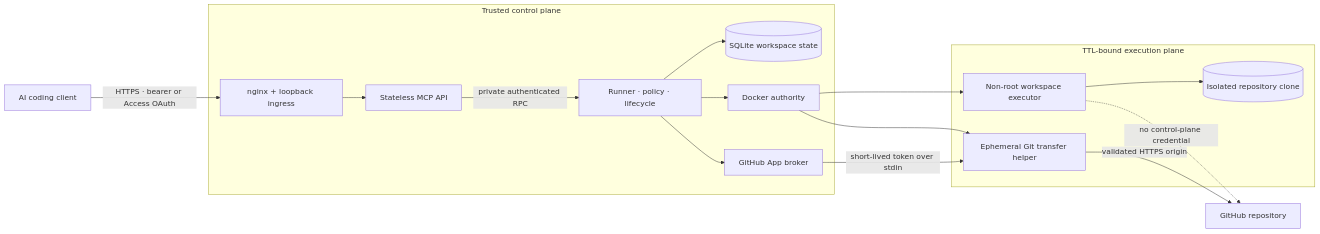
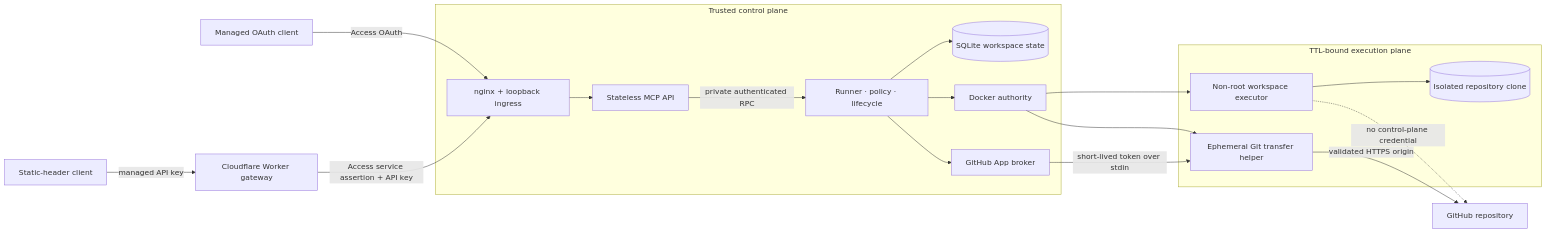
One commit to bestagentkits/cloud-harness-mcp changed the first of 2 diagrams in README.md. Above: the diagram before and after it, drawn with Mermaid. The commit also changed other lines of this file and 7 other files, not shown here.

Commit message:
docs(auth): document managed API key rollout

````diff
--- a/README.md
+++ b/README.md
@@ -31,22 +37,24 @@
 ```mermaid
 flowchart LR
-  Client["AI coding client"] -->|"HTTPS · bearer or Access OAuth"| Nginx["nginx + loopback ingress"]
+  OAuthClient["Managed OAuth client"] -->|"Access OAuth"| Nginx["nginx + loopback ingress"]
+  StaticClient["Static-header client"] -->|"managed API key"| Gateway["Cloudflare Worker gateway"]
+  Gateway -->|"Access service assertion + API key"| Nginx
 
   subgraph Control["Trusted control plane"]
     Nginx --> API["Stateless MCP API"]
     API -->|"private authenticated RPC"| Runner["Runner · policy · lifecycle"]
     Runner --> Store[("SQLite workspace state")]
     Runner --> Docker["Docker authority"]
     Runner --> Broker["GitHub App broker"]
   end
 
   subgraph Execution["TTL-bound execution plane"]
     Docker --> Executor["Non-root workspace executor"]
     Docker --> GitHelper["Ephemeral Git transfer helper"]
     Executor --> Repo[("Isolated repository clone")]
   end
 
   Broker -->|"short-lived token over stdin"| GitHelper
   GitHelper -->|"validated HTTPS origin"| GitHub["GitHub repository"]
   Executor -.->|"no control-plane credential"| GitHub
 ```
````
